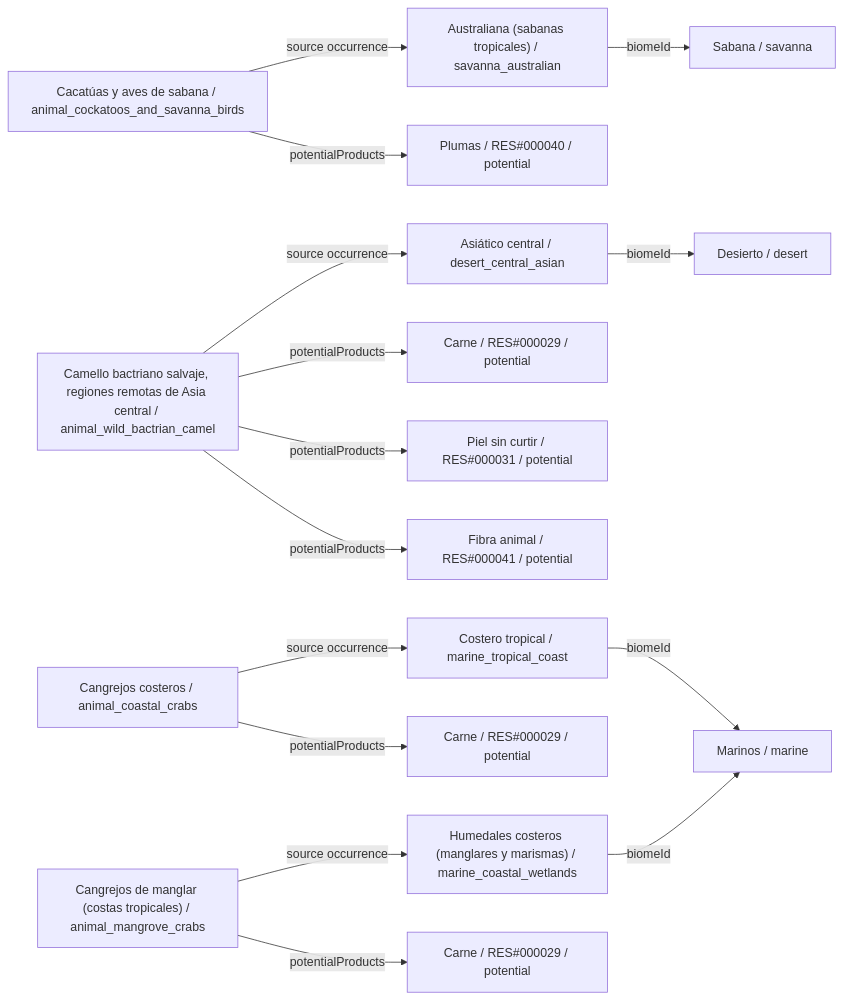
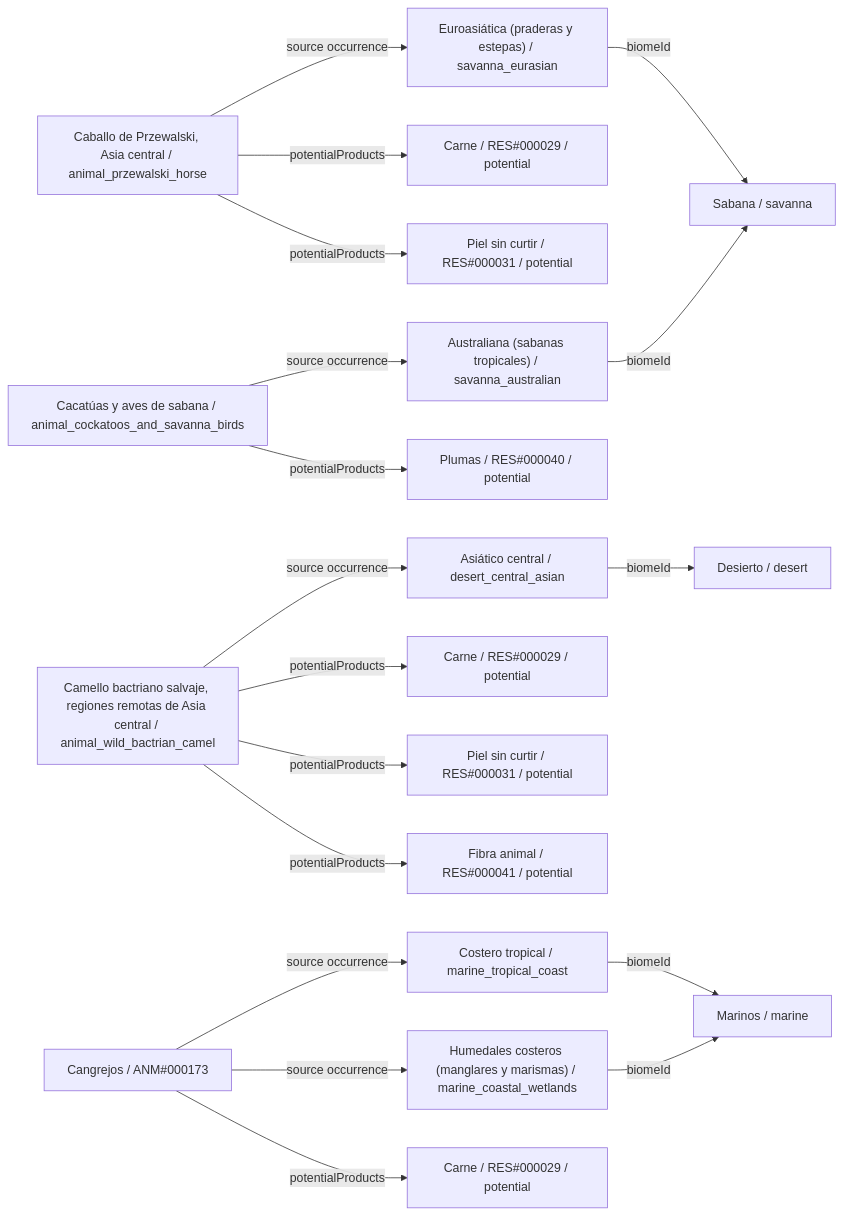
One commit to fgabo404/EvolveDoc changed the fourth of 26 diagrams in data/animals/DIAGRAMS.es.md. Above: the diagram before and after it, drawn with Mermaid. The commit also changed other lines of this file and 59 other files, not shown here.

````diff
--- a/data/animals/DIAGRAMS.es.md
+++ b/data/animals/DIAGRAMS.es.md
@@ -318,34 +252,39 @@
 ```mermaid
 flowchart LR
-    c0["Cacatúas y aves de sabana / animal_cockatoos_and_savanna_birds"]
+    c0["Caballo de Przewalski, Asia central / animal_przewalski_horse"]
+    v13["Euroasiática (praderas y estepas) / savanna_eurasian"]
+    b3["Sabana / savanna"]
+    o0_0["Carne / RES#000029 / potential"]
+    o0_1["Piel sin curtir / RES#000031 / potential"]
+    c1["Cacatúas y aves de sabana / animal_cockatoos_and_savanna_birds"]
     v14["Australiana (sabanas tropicales) / savanna_australian"]
-    b3["Sabana / savanna"]
-    o0_0["Plumas / RES#000040 / potential"]
-    c1["Camello bactriano salvaje, regiones remotas de Asia central / animal_wild_bactrian_camel"]
+    o1_0["Plumas / RES#000040 / potential"]
+    c2["Camello bactriano salvaje, regiones remotas de Asia central / animal_wild_bactrian_camel"]
     v17["Asiático central / desert_central_asian"]
     b4["Desierto / desert"]
-    o1_0["Carne / RES#000029 / potential"]
-    o1_1["Piel sin curtir / RES#000031 / potential"]
-    o1_2["Fibra animal / RES#000041 / potential"]
-    c2["Cangrejos costeros / animal_coastal_crabs"]
+    o2_0["Carne / RES#000029 / potential"]
+    o2_1["Piel sin curtir / RES#000031 / potential"]
+    o2_2["Fibra animal / RES#000041 / potential"]
+    c3["Cangrejos / ANM#000173"]
     v19["Costero tropical / marine_tropical_coast"]
     b5["Marinos / marine"]
-    o2_0["Carne / RES#000029 / potential"]
-    c3["Cangrejos de manglar (costas tropicales) / animal_mangrove_crabs"]
     v22["Humedales costeros (manglares y marismas) / marine_coastal_wetlands"]
     o3_0["Carne / RES#000029 / potential"]
     c0 -->|potentialProducts| o0_0
-    c0 -->|source occurrence| v14
+    c0 -->|potentialProducts| o0_1
+    c0 -->|source occurrence| v13
     c1 -->|potentialProducts| o1_0
-    c1 -->|potentialProducts| o1_1
-    c1 -->|potentialProducts| o1_2
-    c1 -->|source occurrence| v17
+    c1 -->|source occurrence| v14
     c2 -->|potentialProducts| o2_0
-    c2 -->|source occurrence| v19
+    c2 -->|potentialProducts| o2_1
+    c2 -->|potentialProducts| o2_2
+    c2 -->|source occurrence| v17
     c3 -->|potentialProducts| o3_0
+    c3 -->|source occurrence| v19
     c3 -->|source occurrence| v22
+    v13 -->|biomeId| b3
     v14 -->|biomeId| b3
     v17 -->|biomeId| b4
     v19 -->|biomeId| b5
     v22 -->|biomeId| b5
 ```
````
